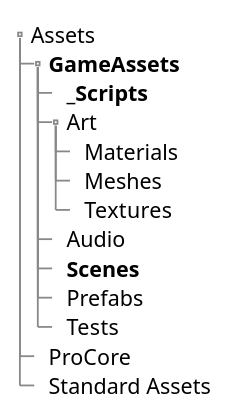
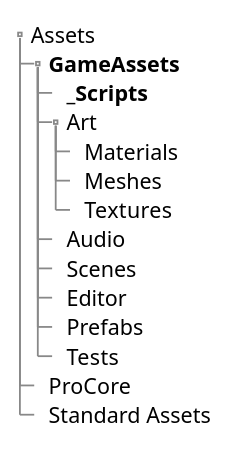
Before and after one commit to jesustorresdev/quarto-lecture-notes-format: the fourth of 6 diagrams in articles/estructura_del_proyecto.adoc, drawn with PlantUML. The commit also changed other lines of this file and 7 other files, not shown here.

```diff
--- a/articles/estructura_del_proyecto.adoc
+++ b/articles/estructura_del_proyecto.adoc
@@ -156,21 +161,22 @@
 [plantuml, format="svg"]
 ....
 salt
 {
 {T
  + Assets
  ++ <b>GameAssets
  +++ <b>_Scripts
  +++ Art
  ++++ Materials
  ++++ Meshes
  ++++ Textures
  +++ Audio
- +++ <b>Scenes
+ +++ Scenes
+ +++ Editor
  +++ Prefabs
  +++ Tests
  ++ ProCore
  ++ Standard Assets
 }
 }
 ....
```
